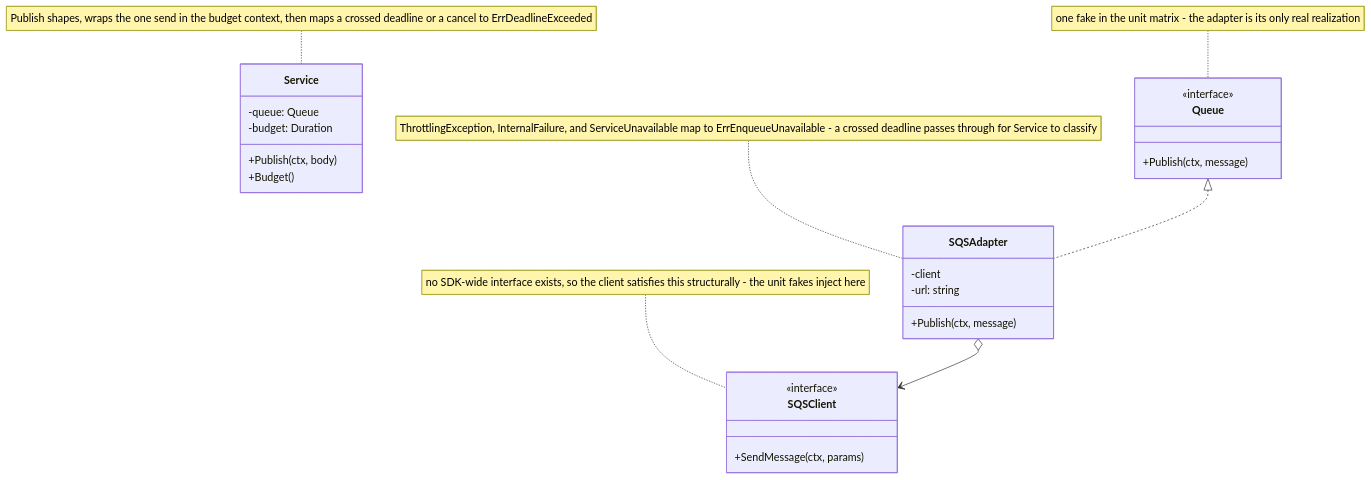
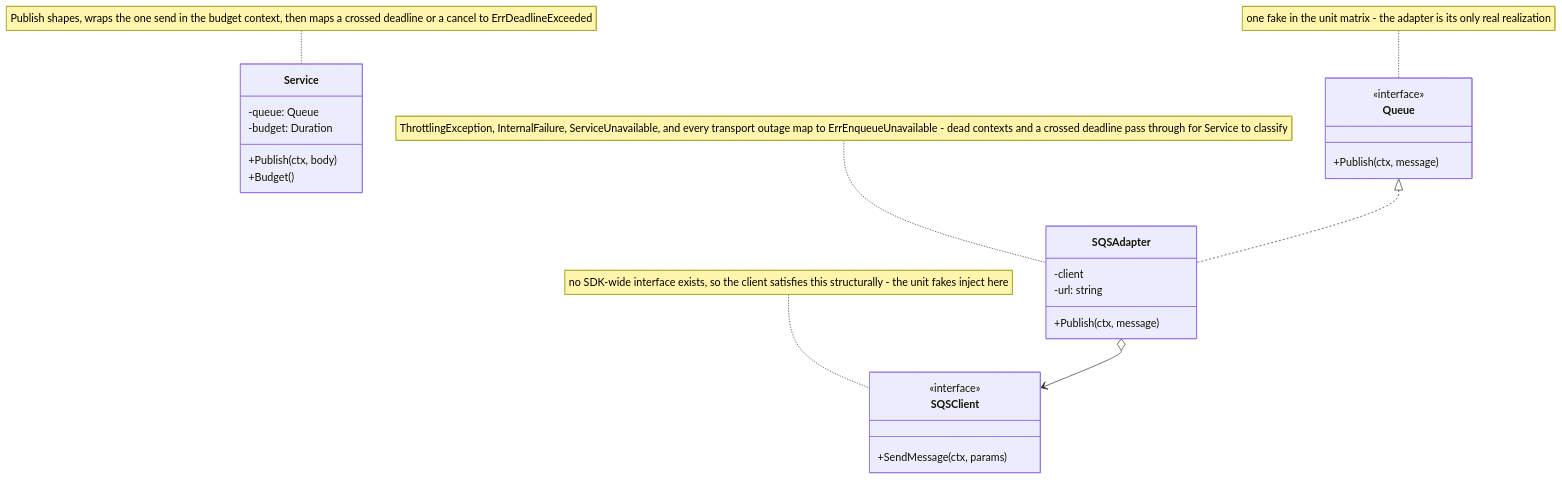
The third of 5 diagrams in services/payment-webhook/docs/concepts/delivery.md (kunalPisolkar24/detectAI), drawn with Mermaid before and after one commit. The commit also changed 9 other files, not shown here.

````diff
--- a/services/payment-webhook/docs/concepts/delivery.md
+++ b/services/payment-webhook/docs/concepts/delivery.md
@@ -113,28 +113,28 @@
 ```mermaid
 classDiagram
     class Service {
         -queue: Queue
         -budget: Duration
         +Publish(ctx, body)
         +Budget()
     }
     class Queue {
         <<interface>>
         +Publish(ctx, message)
     }
     class SQSAdapter {
         -client
         -url: string
         +Publish(ctx, message)
     }
     class SQSClient {
         <<interface>>
         +SendMessage(ctx, params)
     }
     Queue <|.. SQSAdapter
     SQSAdapter o--> SQSClient
     note for Service "Publish shapes, wraps the one send in the budget context, then maps a crossed deadline or a cancel to ErrDeadlineExceeded"
-    note for SQSAdapter "ThrottlingException, InternalFailure, and ServiceUnavailable map to ErrEnqueueUnavailable - a crossed deadline passes through for Service to classify"
+    note for SQSAdapter "ThrottlingException, InternalFailure, ServiceUnavailable, and every transport outage map to ErrEnqueueUnavailable - dead contexts and a crossed deadline pass through for Service to classify"
     note for SQSClient "no SDK-wide interface exists, so the client satisfies this structurally - the unit fakes inject here"
     note for Queue "one fake in the unit matrix - the adapter is its only real realization"
 ```
````
